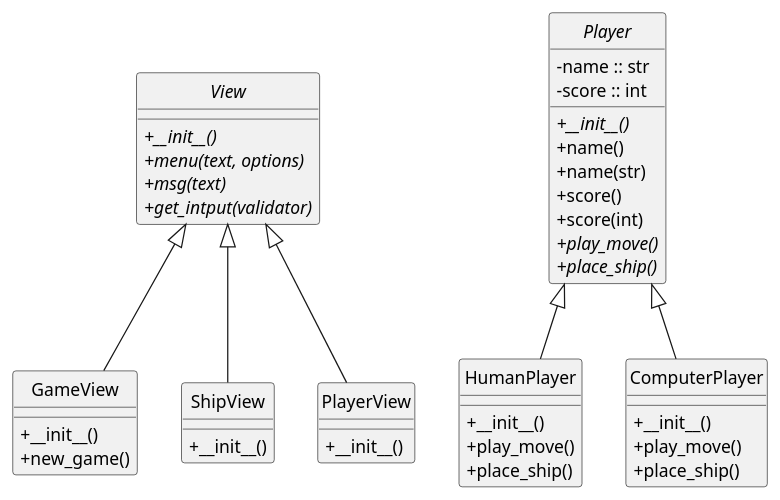
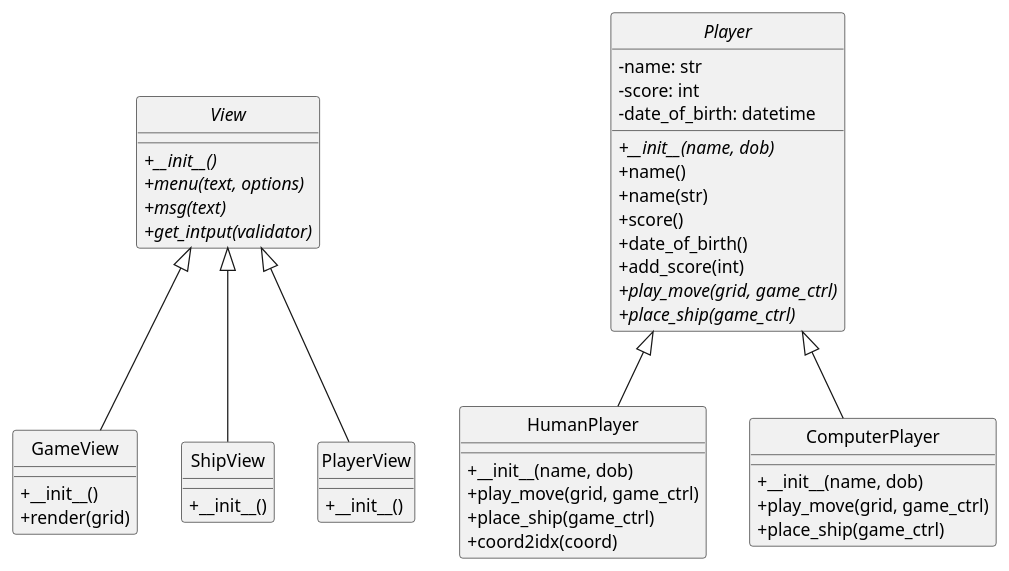
The diagram in class_inheritance.puml (leoniro/battleship), drawn with PlantUML before and after one commit. The commit also changed 1 other file, not shown here.

Commit message:
uml updated

```diff
--- a/class_inheritance.puml
+++ b/class_inheritance.puml
@@ -1,57 +1,61 @@
 @startuml battleship_class_diagram
 
 skinparam classAttributeIconSize 0
 'left to right direction
 hide circle
 
 abstract class View {
     + __init__() {abstract}
     + menu(text, options) {abstract}
     + msg(text) {abstract}
     + get_intput(validator) {abstract}
 }
 
 class GameView {
     + __init__()
-    + new_game()
+    + render(grid)
 }
 
 class ShipView {
     + __init__()
 }
 
 class PlayerView {
     + __init__()
 }
 
 abstract class Player {
-    - name :: str
-    - score :: int
-    + __init__() {abstract}
+    - name: str
+    - score: int
+    - date_of_birth: datetime
+    + __init__(name, dob) {abstract}
     + name()
     + name(str)
     + score()
-    + score(int)
-    + play_move() {abstract}
-    + place_ship() {abstract}
+    + date_of_birth()
+    + add_score(int)
+    + play_move(grid, game_ctrl) {abstract}
+    + place_ship(game_ctrl) {abstract}
 }
 
 class HumanPlayer {
-    + __init__()
-    + play_move()
-    + place_ship()
+    + __init__(name, dob)
+    + play_move(grid, game_ctrl)
+    + place_ship(game_ctrl)
+    + coord2idx(coord)
 }
+
 class ComputerPlayer {
-    + __init__()
-    + play_move()
-    + place_ship()
+    + __init__(name, dob)
+    + play_move(grid, game_ctrl)
+    + place_ship(game_ctrl)
 }
 
 Player <|-- HumanPlayer
 Player <|-- ComputerPlayer
 
 View <|-- ShipView
 View <|-- GameView
 View <|-- PlayerView
 
 @enduml
```
